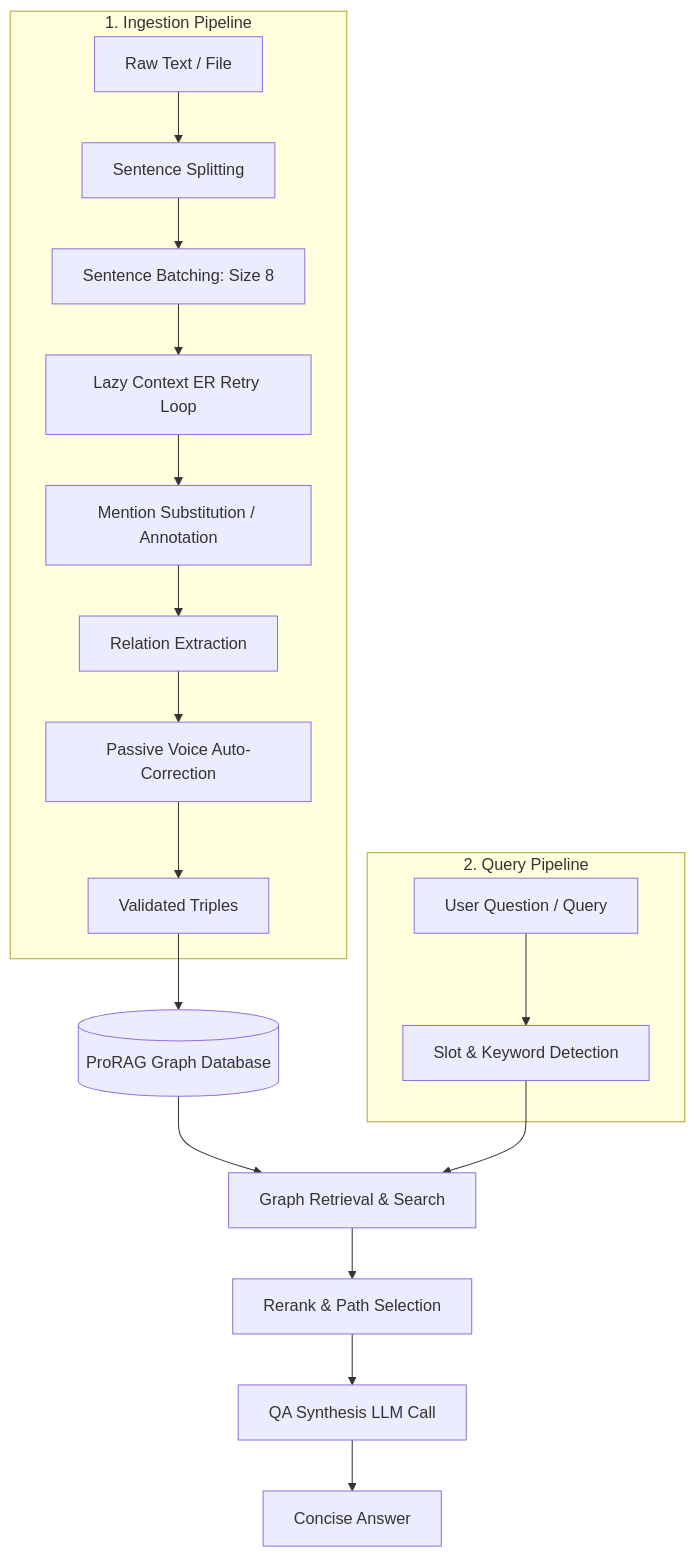
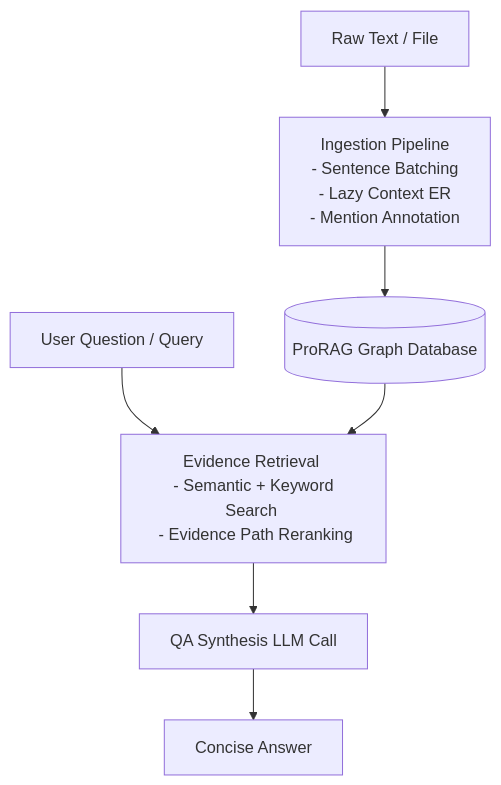
Before and after one commit to entity-solo/prorag: the diagram in README.md, drawn with Mermaid.

Commit message:
docs: simplify architecture Mermaid diagram to high-level blocks

````diff
--- a/README.md
+++ b/README.md
@@ -13,26 +13,12 @@
 ```mermaid
-flowchart TD
-    subgraph Ingestion [1. Ingestion Pipeline]
-        A[Raw Text / File] --> B[Sentence Splitting]
-        B --> C[Sentence Batching: Size 8]
-        C --> D[Lazy Context ER Retry Loop]
-        D --> E[Mention Substitution / Annotation]
-        E --> F[Relation Extraction]
-        F --> G[Passive Voice Auto-Correction]
-        G --> H[Validated Triples]
-    end
+graph TD
+    %% Ingestion Flow
+    A[Raw Text / File] --> B[Ingestion Pipeline <br/> - Sentence Batching <br/> - Lazy Context ER <br/> - Mention Annotation]
+    B --> C[(ProRAG Graph Database)]
 
-    subgraph Query [2. Query Pipeline]
-        J[User Question / Query] --> K[Slot & Keyword Detection]
-    end
-
-    %% Storage & Search
-    H --> I[(ProRAG Graph Database)]
-    I --> L[Graph Retrieval & Search]
-    K --> L
-
-    %% Synthesis
-    L --> M[Rerank & Path Selection]
-    M --> N[QA Synthesis LLM Call]
-    N --> O[Concise Answer]
+    %% Query Flow
+    D[User Question / Query] --> E[Evidence Retrieval <br/> - Semantic + Keyword Search <br/> - Evidence Path Reranking]
+    C --> E
+    E --> F[QA Synthesis LLM Call]
+    F --> G[Concise Answer]
 ```
````
